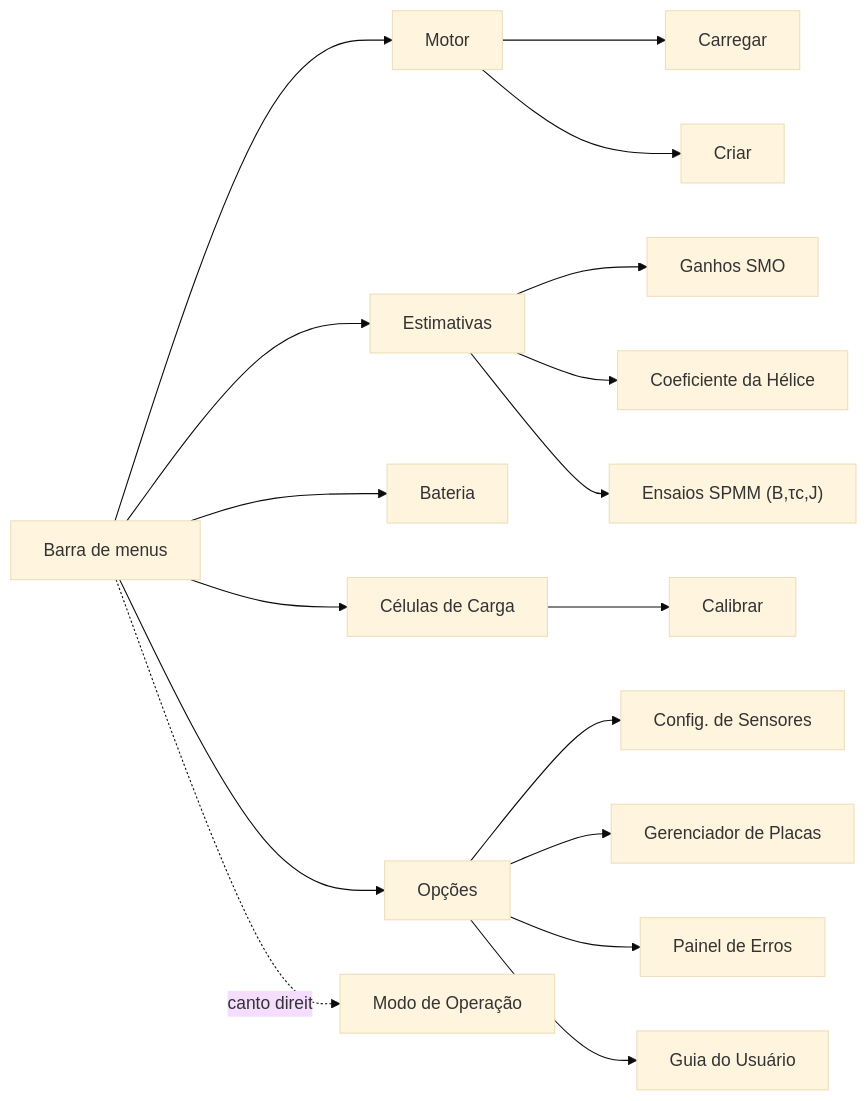
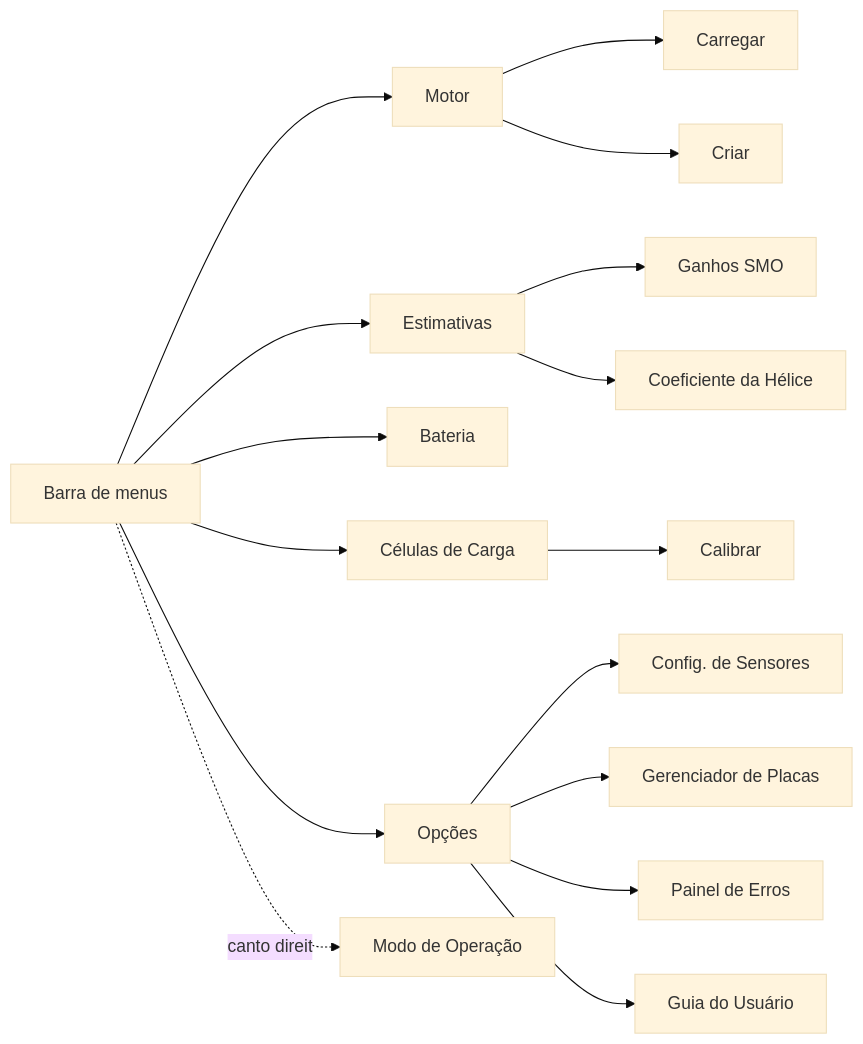
Before and after one commit to vitordallolivo/TCC: the fourth of 4 diagrams in Codigos/Aplicacao_Pi/README.md, drawn with Mermaid (base theme). The commit also changed other lines of this file and 59 other files, not shown here.

````diff
--- a/Codigos/Aplicacao_Pi/README.md
+++ b/Codigos/Aplicacao_Pi/README.md
@@ -431,10 +388,10 @@
 ```mermaid
 flowchart LR
     MB["Barra de menus"]
     MB --> Motor["Motor"] --> MLoad["Carregar"] & MCreate["Criar"]
-    MB --> Estim["Estimativas"] --> EstSMO["Ganhos SMO"] & EstHel["Coeficiente da Hélice"] & EstSpmm["Ensaios SPMM (B,τc,J)"]
+    MB --> Estim["Estimativas"] --> EstSMO["Ganhos SMO"] & EstHel["Coeficiente da Hélice"]
     MB --> Bat["Bateria"]
     MB --> Cells["Células de Carga"] --> CellsCal["Calibrar"]
     MB --> Opt["Opções"] --> OptSens["Config. de Sensores"] & OptBoard["Gerenciador de Placas"] & OptErr["Painel de Erros"] & OptInfo["Guia do Usuário"]
     MB -.canto direito.-> ModeBox["Modo de Operação"]
 ```
````
